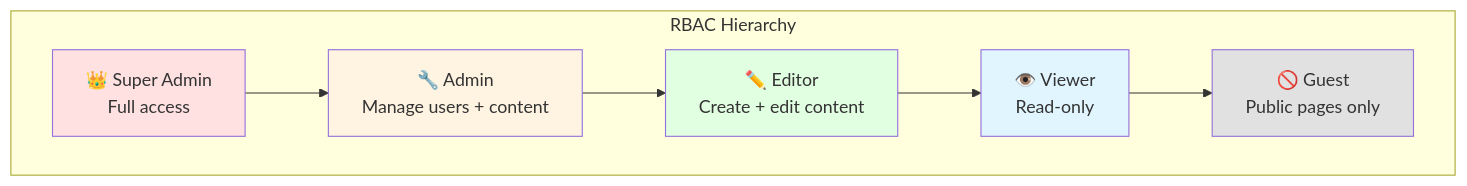
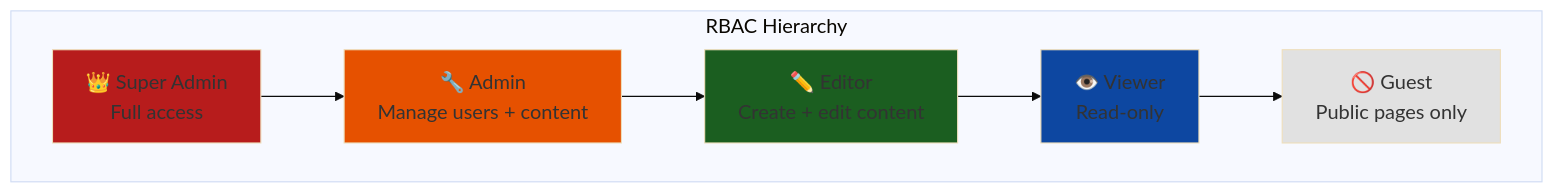
Before and after one commit to Ai-Whisperers/Courses-Content: the fourth of 9 diagrams in courses/🟡-development/FPUNA-2026/01-DESARROLLO-SOFTWARE/especializaciones/web-development/03-autenticacion-autorizacion.md, drawn with Mermaid. The commit also changed other lines of this file and 47 other files, not shown here.

First line of the commit message:
fix: Make all 473 diagrams WCAG AAA accessible (FPUNA-2026)

````diff
--- a/courses/🟡-development/FPUNA-2026/01-DESARROLLO-SOFTWARE/especializaciones/web-development/03-autenticacion-autorizacion.md
+++ b/courses/🟡-development/FPUNA-2026/01-DESARROLLO-SOFTWARE/especializaciones/web-development/03-autenticacion-autorizacion.md
@@ -263,21 +266,22 @@
 ```mermaid
+%%{init: {'theme':'base', 'themeVariables': {'fontSize':'18px'}}}%%
 graph TD
     subgraph "RBAC Hierarchy"
         A[👑 Super Admin<br/>Full access]
         B[🔧 Admin<br/>Manage users + content]
         C[✏️ Editor<br/>Create + edit content]
         D[👁️ Viewer<br/>Read-only]
         E[🚫 Guest<br/>Public pages only]
         
         A --> B
         B --> C
         C --> D
         D --> E
     end
     
-    style A fill:#FFE1E1
-    style B fill:#FFF4E1
-    style C fill:#E1FFE1
-    style D fill:#E1F5FF
+    style A fill:#b71c1c
+    style B fill:#e65100
+    style C fill:#1b5e20
+    style D fill:#0d47a1
     style E fill:#E1E1E1
 ```
````
